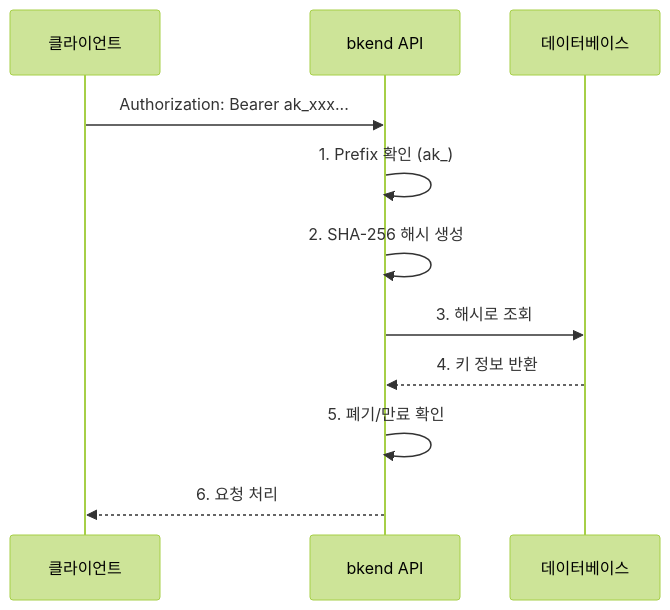
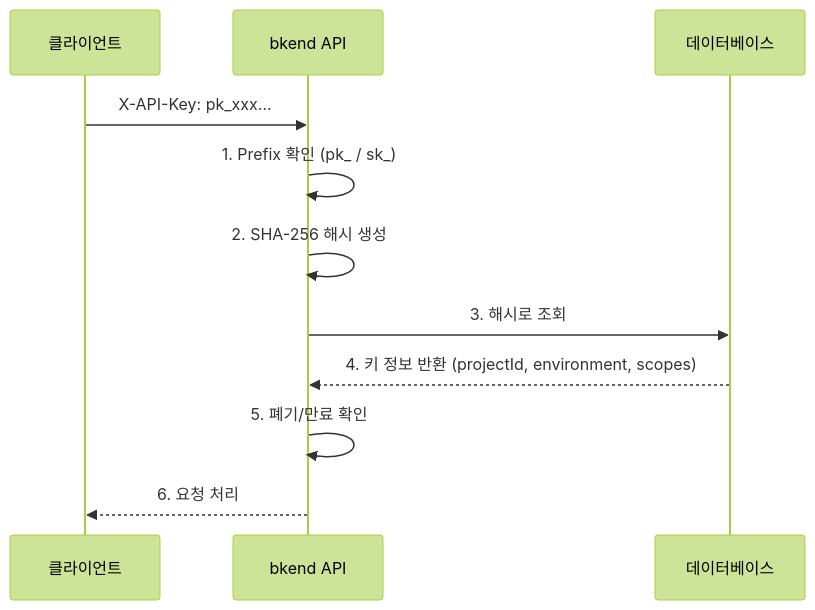
One commit to popup-studio-ai/bkend-docs changed the second of 2 diagrams in ko/security/02-api-keys.md. Above: the diagram before and after it, drawn with Mermaid (forest theme). The commit also changed other lines of this file and 365 other files, not shown here.

````diff
--- a/ko/security/02-api-keys.md
+++ b/ko/security/02-api-keys.md
@@ -57,14 +96,14 @@
 ```mermaid
 sequenceDiagram
     participant C as 클라이언트
     participant A as bkend API
     participant DB as 데이터베이스
 
-    C->>A: Authorization: Bearer ak_xxx...
-    A->>A: 1. Prefix 확인 (ak_)
+    C->>A: X-API-Key: pk_xxx...
+    A->>A: 1. Prefix 확인 (pk_ / sk_)
     A->>A: 2. SHA-256 해시 생성
     A->>DB: 3. 해시로 조회
-    DB-->>A: 4. 키 정보 반환
+    DB-->>A: 4. 키 정보 반환 (projectId, environment, scopes)
     A->>A: 5. 폐기/만료 확인
     A-->>C: 6. 요청 처리
 ```
````
